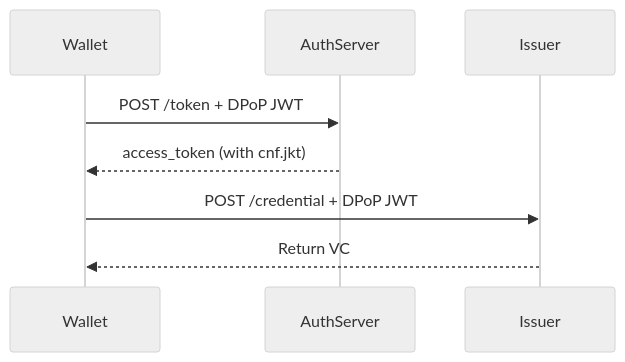
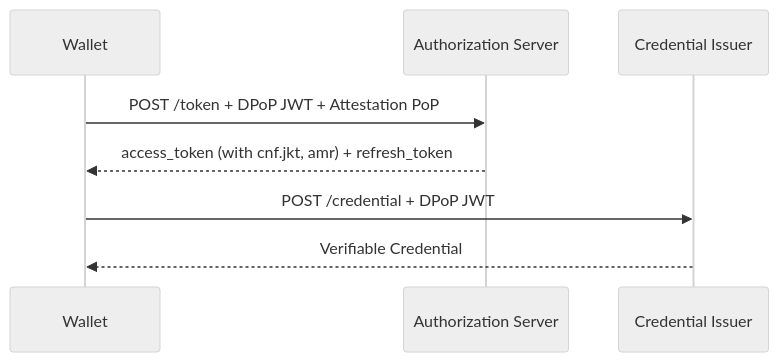
Before and after one commit to weiiv/di-auth-server: the fourth of 7 diagrams in README.md, drawn with Mermaid (neutral theme). The commit also changed other lines of this file, not shown here.

Commit message:
evert attestation checking from credeintal server back to auth server

````diff
--- a/README.md
+++ b/README.md
@@ -430,10 +277,10 @@
 ```mermaid
 sequenceDiagram
   participant Wallet
-  participant AuthServer
-  participant Issuer
-  Wallet->>AuthServer: POST /token + DPoP JWT
-  AuthServer-->>Wallet: access_token (with cnf.jkt)
+  participant AuthServer as Authorization Server
+  participant Issuer as Credential Issuer
+  Wallet->>AuthServer: POST /token + DPoP JWT + Attestation PoP
+  AuthServer-->>Wallet: access_token (with cnf.jkt, amr) + refresh_token
   Wallet->>Issuer: POST /credential + DPoP JWT
-  Issuer-->>Wallet: Return VC
+  Issuer-->>Wallet: Verifiable Credential
 ```
````
